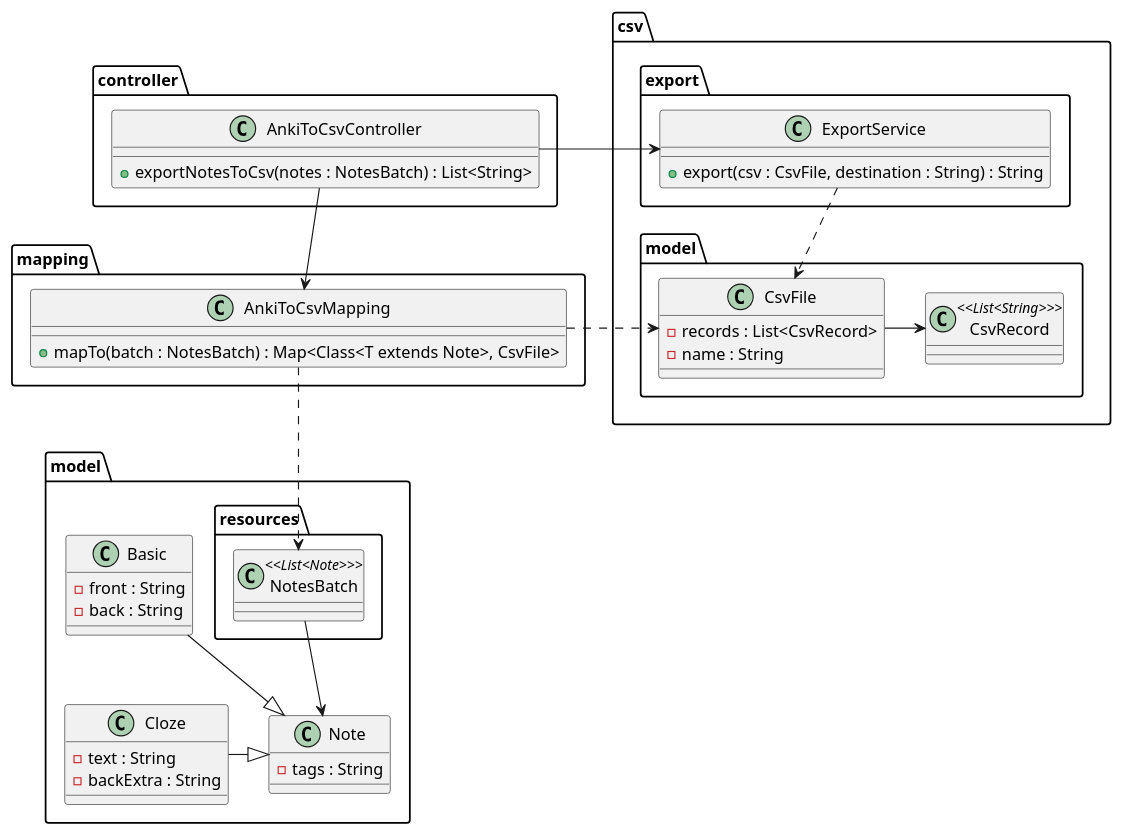
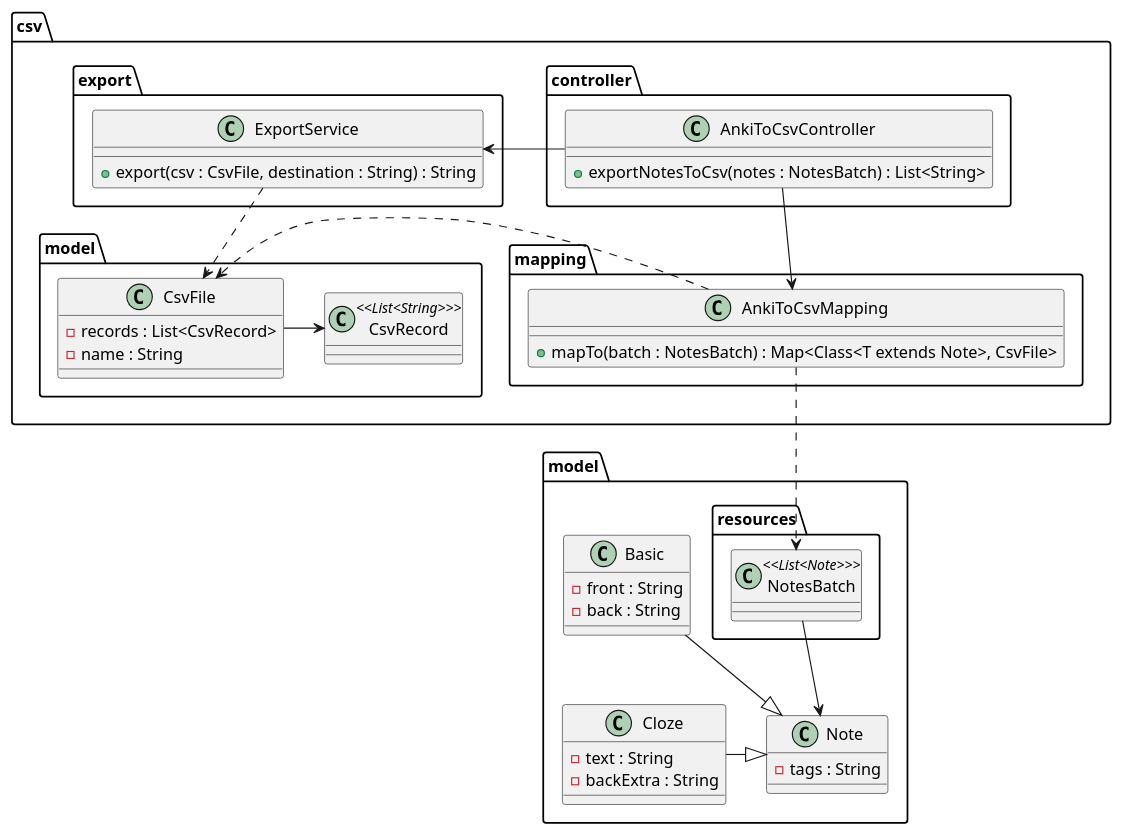
Before and after one commit to mehdiboudour/confluence-to-anki: the diagram in src/main/resources/design/detailed-logical-views/anki/detailed-logical-view.puml, drawn with PlantUML. The commit also changed 30 other files, not shown here.

Commit message:
build the anki component with complete anki notes conversion to impotable csv file

```diff
--- a/src/main/resources/design/detailed-logical-views/anki/detailed-logical-view.puml
+++ b/src/main/resources/design/detailed-logical-views/anki/detailed-logical-view.puml
@@ -1,66 +1,66 @@
 @startuml
 'https://plantuml.com/class-diagram
 
-package controller {
-    class AnkiToCsvController {
-        +exportNotesToCsv(notes : NotesBatch) : List<String>
-    }
-}
+
 
 package model {
     class Note {
         -tags : String
     }
 
     class Basic {
         -front : String
         -back : String
     }
 
     class Cloze {
         -text : String
         -backExtra : String
     }
 
     Basic --|> Note
     Cloze -|> Note
 
     package resources {
         class NotesBatch <<List<Note>>>{
 
         }
         NotesBatch --> Note
     }
 }
 
-package mapping {
-    class AnkiToCsvMapping {
-        +mapTo(batch : NotesBatch) : Map<Class<T extends Note>, CsvFile>
+package csv {
+    package controller {
+        class AnkiToCsvController {
+            +exportNotesToCsv(notes : NotesBatch) : List<String>
+        }
     }
+    package mapping {
+        class AnkiToCsvMapping {
+            +mapTo(batch : NotesBatch) : Map<Class<T extends Note>, CsvFile>
+        }
 
-}
-
-package csv {
+    }
     package model {
         class CsvFile {
             -records : List<CsvRecord>
             -name : String
         }
         class CsvRecord <<List<String>>>{
         }
         CsvFile -> CsvRecord
     }
     package export {
         class ExportService {
             +export(csv : CsvFile, destination : String) : String
         }
         ExportService ..> CsvFile
     }
 }
 
 AnkiToCsvMapping ..> NotesBatch
 AnkiToCsvMapping .> CsvFile
-AnkiToCsvController -> AnkiToCsvMapping
+AnkiToCsvController --> AnkiToCsvMapping
 AnkiToCsvController -> ExportService
 
 @enduml
```
